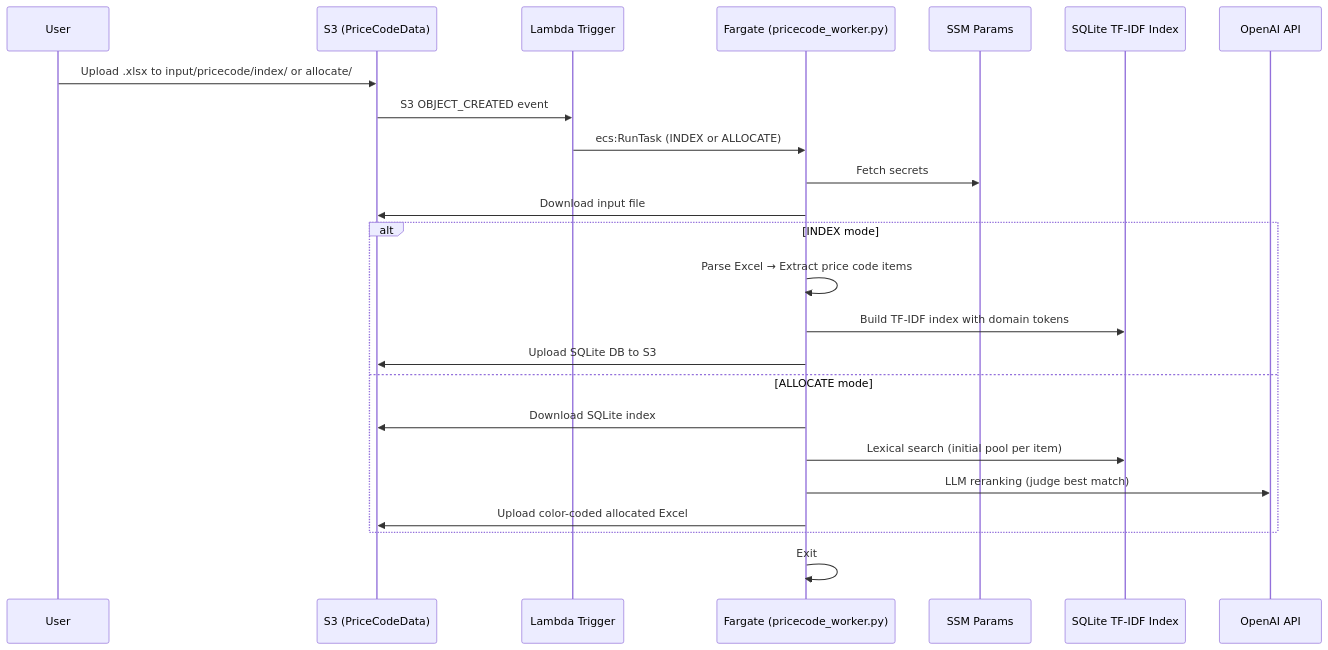
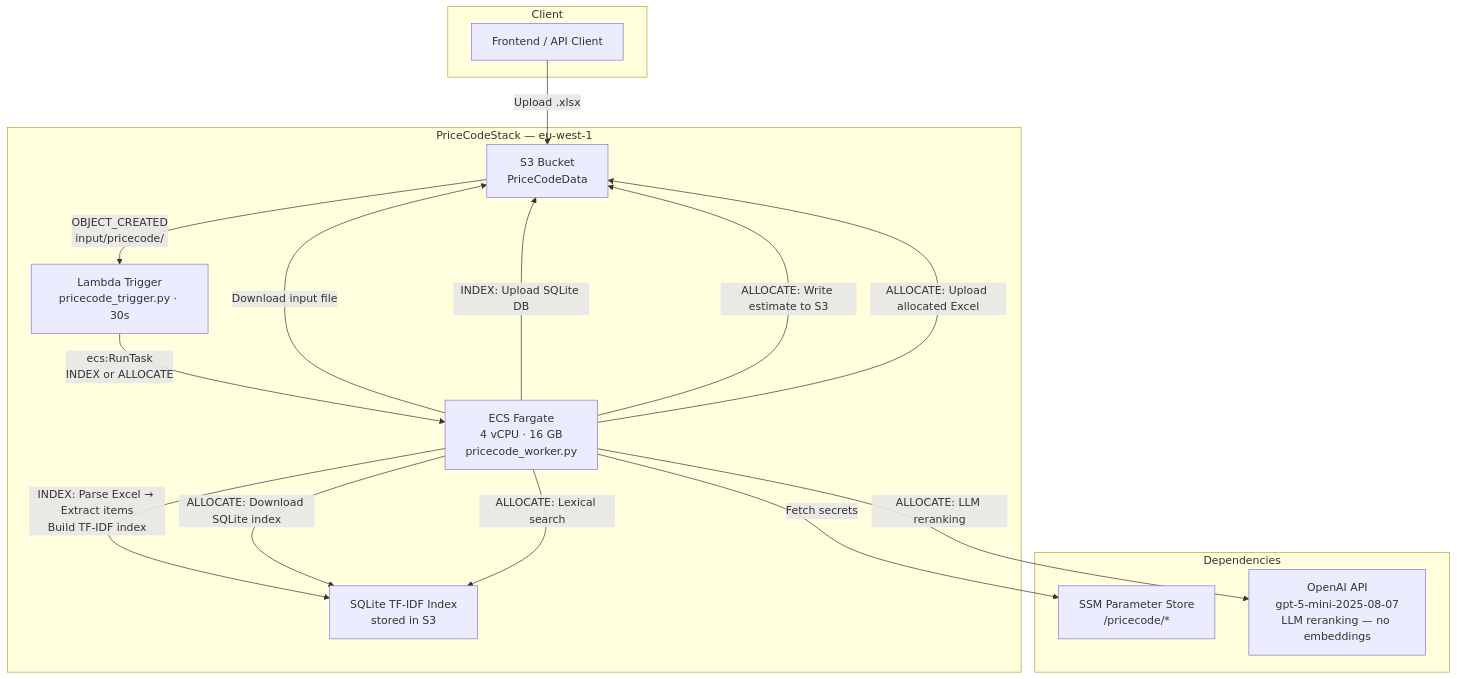
The third of 6 diagrams in docs/ARCHITECTURE-BOQ.md (mahmoudayoub/mabani), drawn with Mermaid before and after one commit. The commit also changed other lines of this file and 7 other files, not shown here.

Commit message:
Update deployment documentation, enhance architecture diagrams, and upgrade OpenAI model references

````diff
--- a/docs/ARCHITECTURE-BOQ.md
+++ b/docs/ARCHITECTURE-BOQ.md
@@ -213,30 +131,33 @@
 ```mermaid
-sequenceDiagram
-    participant User
-    participant S3 as S3 (PriceCodeData)
-    participant Lambda as Lambda Trigger
-    participant Fargate as Fargate (pricecode_worker.py)
-    participant SSM as SSM Params
-    participant SQLite as SQLite TF-IDF Index
-    participant OpenAI as OpenAI API
-
-    User->>S3: Upload .xlsx to input/pricecode/index/ or allocate/
-    S3->>Lambda: S3 OBJECT_CREATED event
-    Lambda->>Fargate: ecs:RunTask (INDEX or ALLOCATE)
-
-    Fargate->>SSM: Fetch secrets
-    Fargate->>S3: Download input file
-
-    alt INDEX mode
-        Fargate->>Fargate: Parse Excel → Extract price code items
-        Fargate->>SQLite: Build TF-IDF index with domain tokens
-        Fargate->>S3: Upload SQLite DB to S3
-    else ALLOCATE mode
-        Fargate->>S3: Download SQLite index
-        Fargate->>SQLite: Lexical search (initial pool per item)
-        Fargate->>OpenAI: LLM reranking (judge best match)
-        Fargate->>S3: Upload color-coded allocated Excel
+graph TB
+    subgraph "Client"
+        USER[Frontend / API Client]
     end
 
-    Fargate->>Fargate: Exit
+    subgraph "PriceCodeStack — eu-west-1"
+        S3P[S3 Bucket<br/>PriceCodeData]
+        LTP[Lambda Trigger<br/>pricecode_trigger.py · 30s]
+        ECSP[ECS Fargate<br/>4 vCPU · 16 GB<br/>pricecode_worker.py]
+        DB[SQLite TF-IDF Index<br/>stored in S3]
+    end
+
+    subgraph "Dependencies"
+        SSM[SSM Parameter Store<br/>/pricecode/*]
+        OAI[OpenAI API<br/>gpt-5-mini-2025-08-07<br/>LLM reranking — no embeddings]
+    end
+
+    USER -->|Upload .xlsx| S3P
+    S3P -->|OBJECT_CREATED<br/>input/pricecode/| LTP
+    LTP -->|ecs:RunTask<br/>INDEX or ALLOCATE| ECSP
+    ECSP -->|Fetch secrets| SSM
+    ECSP -->|Download input file| S3P
+
+    ECSP -->|INDEX: Parse Excel → Extract items<br/>Build TF-IDF index| DB
+    ECSP -->|INDEX: Upload SQLite DB| S3P
+
+    ECSP -->|ALLOCATE: Download SQLite index| DB
+    ECSP -->|ALLOCATE: Lexical search| DB
+    ECSP -->|ALLOCATE: LLM reranking| OAI
+    ECSP -->|ALLOCATE: Write estimate to S3| S3P
+    ECSP -->|ALLOCATE: Upload allocated Excel| S3P
 ```
````
